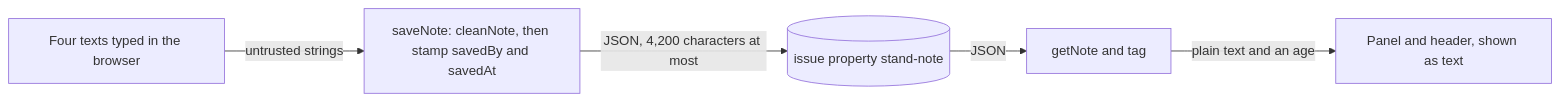
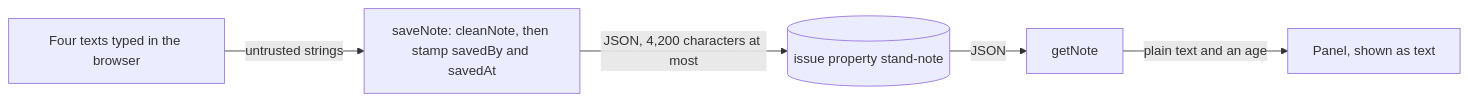
Before and after one commit to dzaffren/dogear: the fifth of 5 diagrams in docs/specs/stand-note.md, drawn with Mermaid. The commit also changed other lines of this file and 2 other files, not shown here.

````diff
--- a/docs/specs/stand-note.md
+++ b/docs/specs/stand-note.md
@@ -333,7 +326,7 @@
 ```mermaid
 flowchart LR
     T["Four texts typed in the browser"] -- "untrusted strings" --> C["saveNote: cleanNote, then stamp savedBy and savedAt"]
     C -- "JSON, 4,200 characters at most" --> PR[("issue property stand-note")]
-    PR -- "JSON" --> G["getNote and tag"]
-    G -- "plain text and an age" --> V["Panel and header, shown as text"]
+    PR -- "JSON" --> G["getNote"]
+    G -- "plain text and an age" --> V["Panel, shown as text"]
 ```
````
